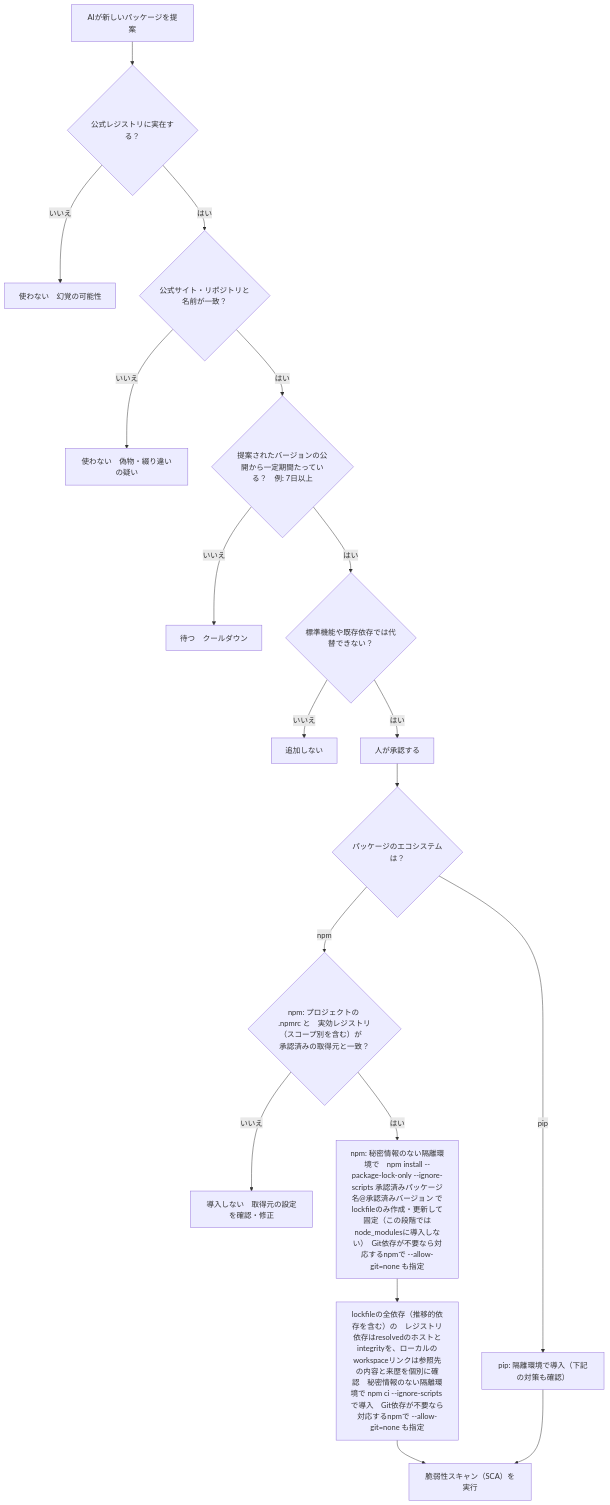
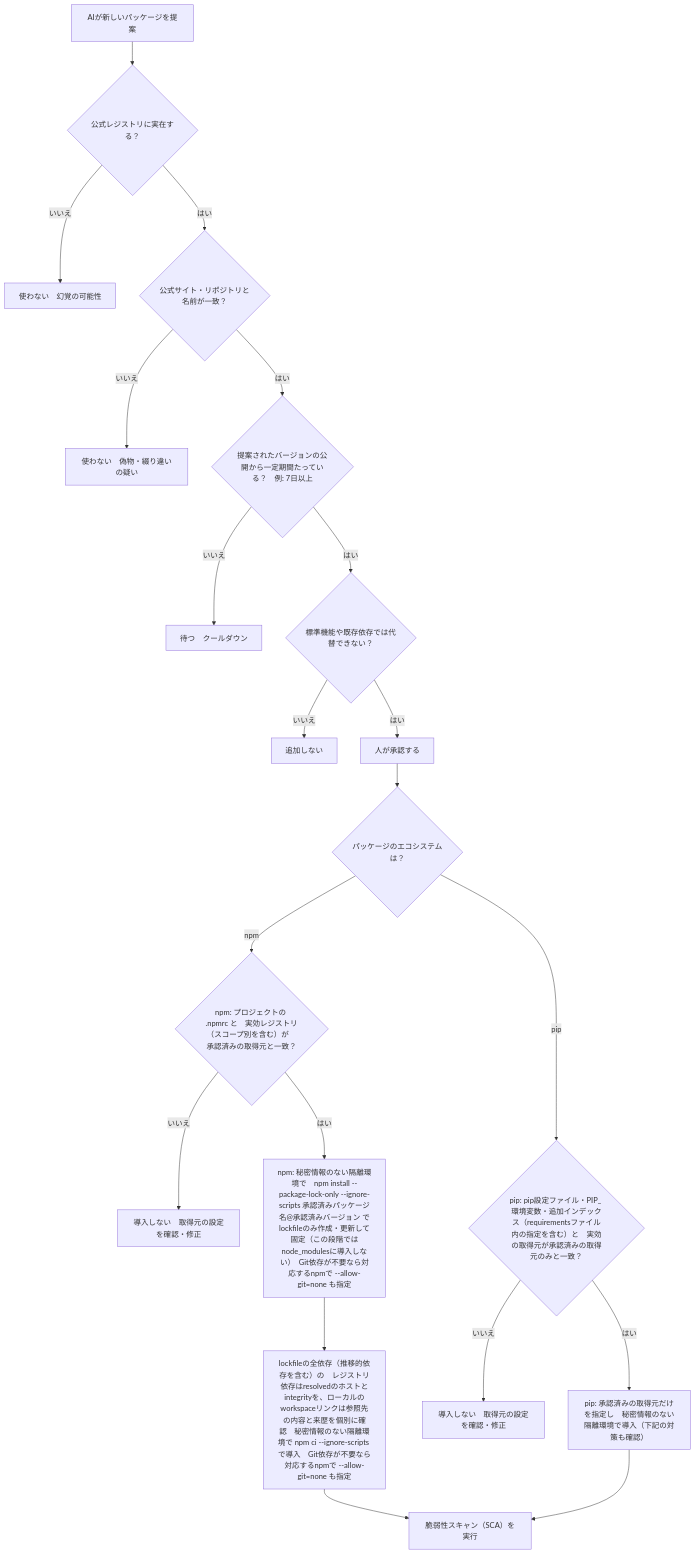
One commit to myoshi2891/Security_Studies changed the sixth of 9 diagrams in Ai-coding-safety-guide.md. Above: the diagram before and after it, drawn with Mermaid. The commit also changed other lines of this file, not shown here.

Commit message:
docs(ai-coding): add pip index verification and note npm 11/12 shrinkwrap behavior

````diff
--- a/Ai-coding-safety-guide.md
+++ b/Ai-coding-safety-guide.md
@@ -484,20 +484,22 @@
 ```mermaid
 flowchart TD
     A["AIが新しいパッケージを提案"] --> B{"公式レジストリに実在する？"}
     B -->|"いいえ"| X1["使わない　幻覚の可能性"]
     B -->|"はい"| C{"公式サイト・リポジトリと名前が一致？"}
     C -->|"いいえ"| X2["使わない　偽物・綴り違いの疑い"]
     C -->|"はい"| D{"提案されたバージョンの公開から一定期間たっている？　例: 7日以上"}
     D -->|"いいえ"| X3["待つ　クールダウン"]
     D -->|"はい"| E{"標準機能や既存依存では代替できない？"}
     E -->|"いいえ"| X4["追加しない"]
     E -->|"はい"| F["人が承認する"]
     F --> P{"パッケージのエコシステムは？"}
     P -->|"npm"| R{"npm: プロジェクトの .npmrc と　実効レジストリ（スコープ別を含む）が　承認済みの取得元と一致？"}
     R -->|"いいえ"| X5["導入しない　取得元の設定を確認・修正"]
     R -->|"はい"| G["npm: 秘密情報のない隔離環境で　npm install --package-lock-only --ignore-scripts 承認済みパッケージ名@承認済みバージョン でlockfileのみ作成・更新して固定（この段階ではnode_modulesに導入しない）　Git依存が不要なら対応するnpmで --allow-git=none も指定"]
     G --> H["lockfileの全依存（推移的依存を含む）の　レジストリ依存はresolvedのホストとintegrityを、ローカルのworkspaceリンクは参照先の内容と来歴を個別に確認　秘密情報のない隔離環境で npm ci --ignore-scripts で導入　Git依存が不要なら対応するnpmで --allow-git=none も指定"]
     H --> I["脆弱性スキャン（SCA）を実行"]
-    P -->|"pip"| J["pip: 隔離環境で導入（下記の対策も確認）"]
+    P -->|"pip"| Q{"pip: pip設定ファイル・PIP_ 環境変数・追加インデックス（requirementsファイル内の指定を含む）と　実効の取得元が承認済みの取得元のみと一致？"}
+    Q -->|"いいえ"| X6["導入しない　取得元の設定を確認・修正"]
+    Q -->|"はい"| J["pip: 承認済みの取得元だけを指定し　秘密情報のない隔離環境で導入（下記の対策も確認）"]
     J --> I
 ```
````
